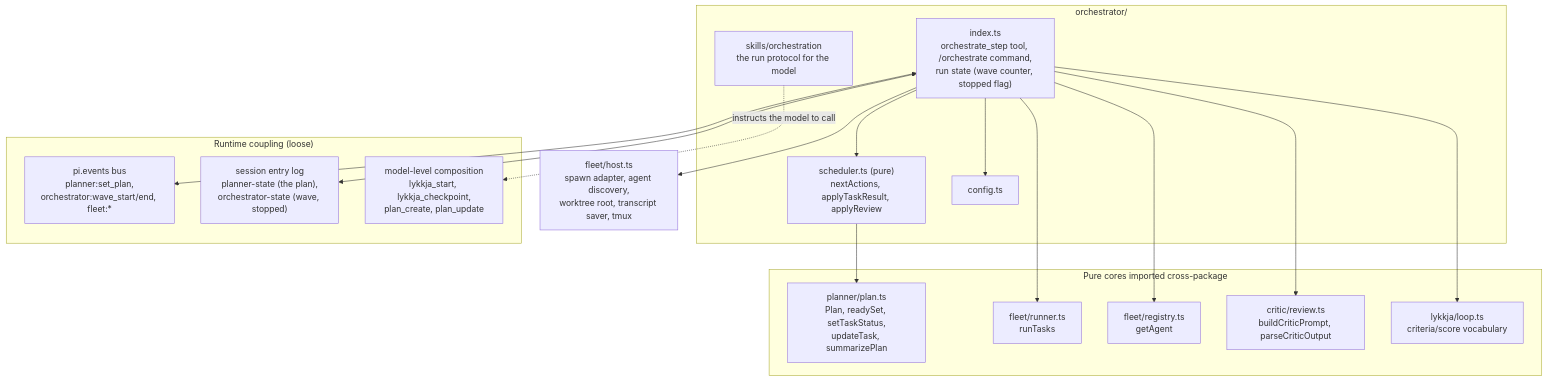
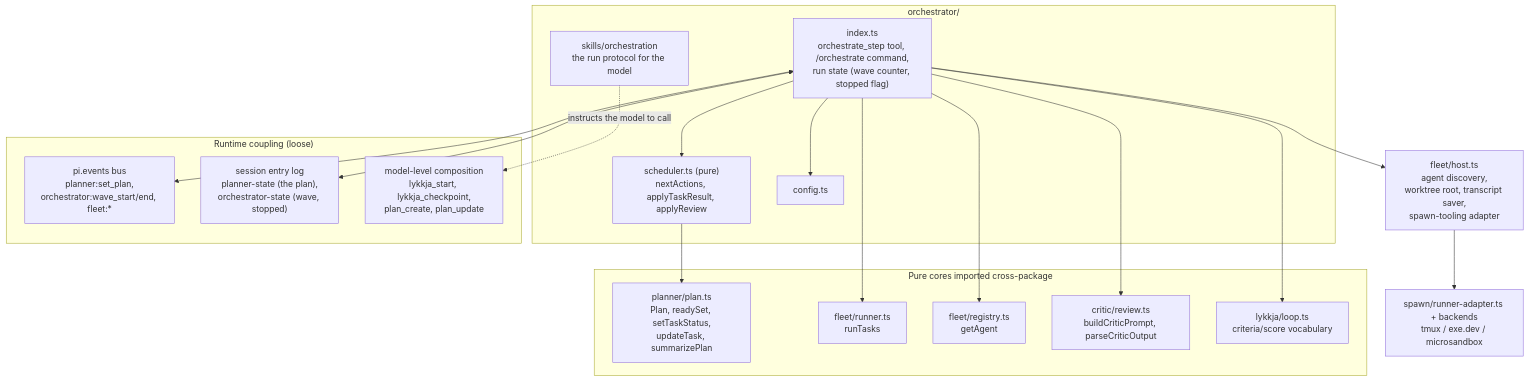
One commit to ulvestuen/pi-kit changed the first of 9 diagrams in docs/orchestrator-architecture.md. Above: the diagram before and after it, drawn with Mermaid. The commit also changed other lines of this file and 20 other files, not shown here.

Commit message:
Fix agent spawn

````diff
--- a/docs/orchestrator-architecture.md
+++ b/docs/orchestrator-architecture.md
@@ -57,38 +57,40 @@
 ```mermaid
 flowchart TB
     subgraph orch["orchestrator/"]
         idx["index.ts<br/>orchestrate_step tool, /orchestrate command,<br/>run state (wave counter, stopped flag)"]
         sched["scheduler.ts (pure)<br/>nextActions, applyTaskResult, applyReview"]
         cfg["config.ts"]
         skill["skills/orchestration<br/>the run protocol for the model"]
     end
 
     subgraph cores["Pure cores imported cross-package"]
         plan["planner/plan.ts<br/>Plan, readySet, setTaskStatus,<br/>updateTask, summarizePlan"]
         runner["fleet/runner.ts<br/>runTasks"]
         registry["fleet/registry.ts<br/>getAgent"]
         review["critic/review.ts<br/>buildCriticPrompt, parseCriticOutput"]
         loop["lykkja/loop.ts<br/>criteria/score vocabulary"]
     end
 
-    host["fleet/host.ts<br/>spawn adapter, agent discovery,<br/>worktree root, transcript saver, tmux"]
+    host["fleet/host.ts<br/>agent discovery,<br/>worktree root, transcript saver,<br/>spawn-tooling adapter"]
+    spawn["spawn/runner-adapter.ts + backends<br/>tmux / exe.dev / microsandbox"]
 
     idx --> sched
     idx --> cfg
     sched --> plan
     idx --> runner
     idx --> registry
     idx --> review
     idx --> loop
     idx --> host
+    host --> spawn
 
     subgraph runtime["Runtime coupling (loose)"]
         bus["pi.events bus<br/>planner:set_plan,<br/>orchestrator:wave_start/end, fleet:*"]
         entries["session entry log<br/>planner-state (the plan),<br/>orchestrator-state (wave, stopped)"]
         tools["model-level composition<br/>lykkja_start, lykkja_checkpoint,<br/>plan_create, plan_update"]
     end
 
     idx <--> bus
     idx <--> entries
     skill -.->|"instructs the model to call"| tools
 ```
````
